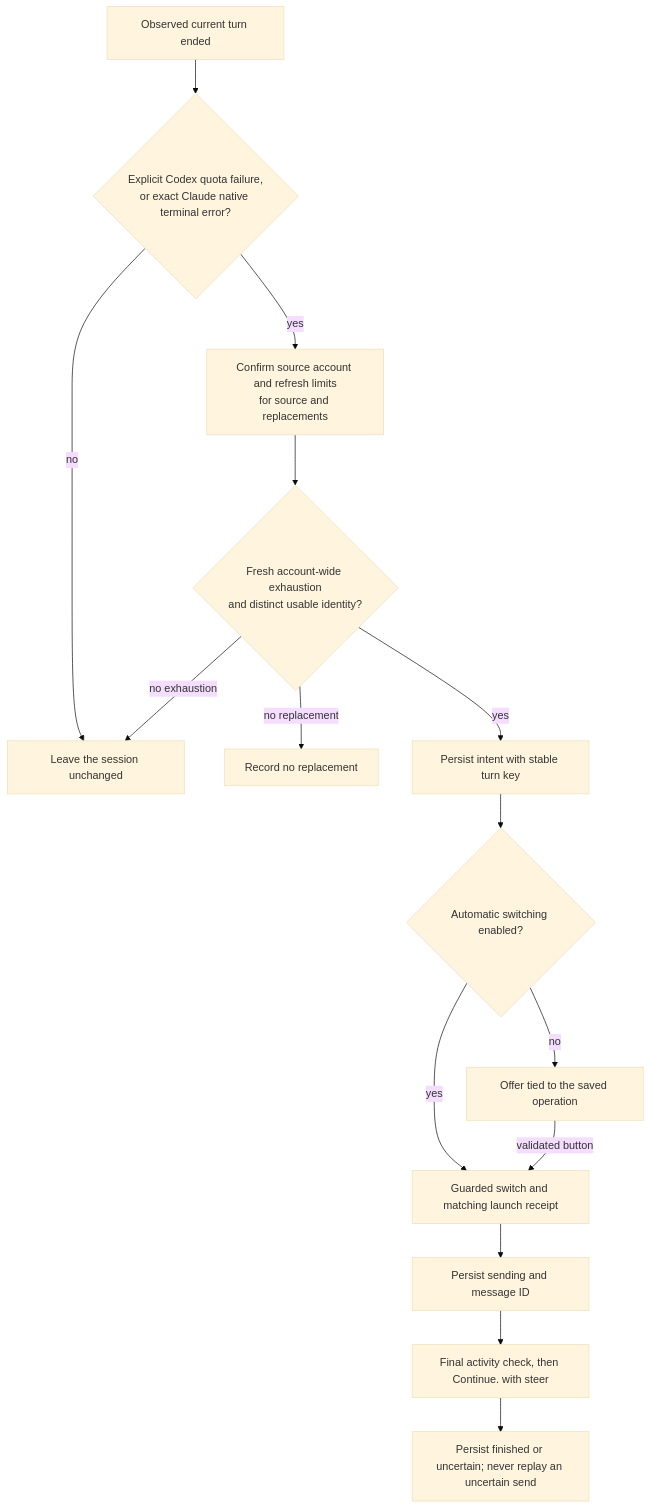
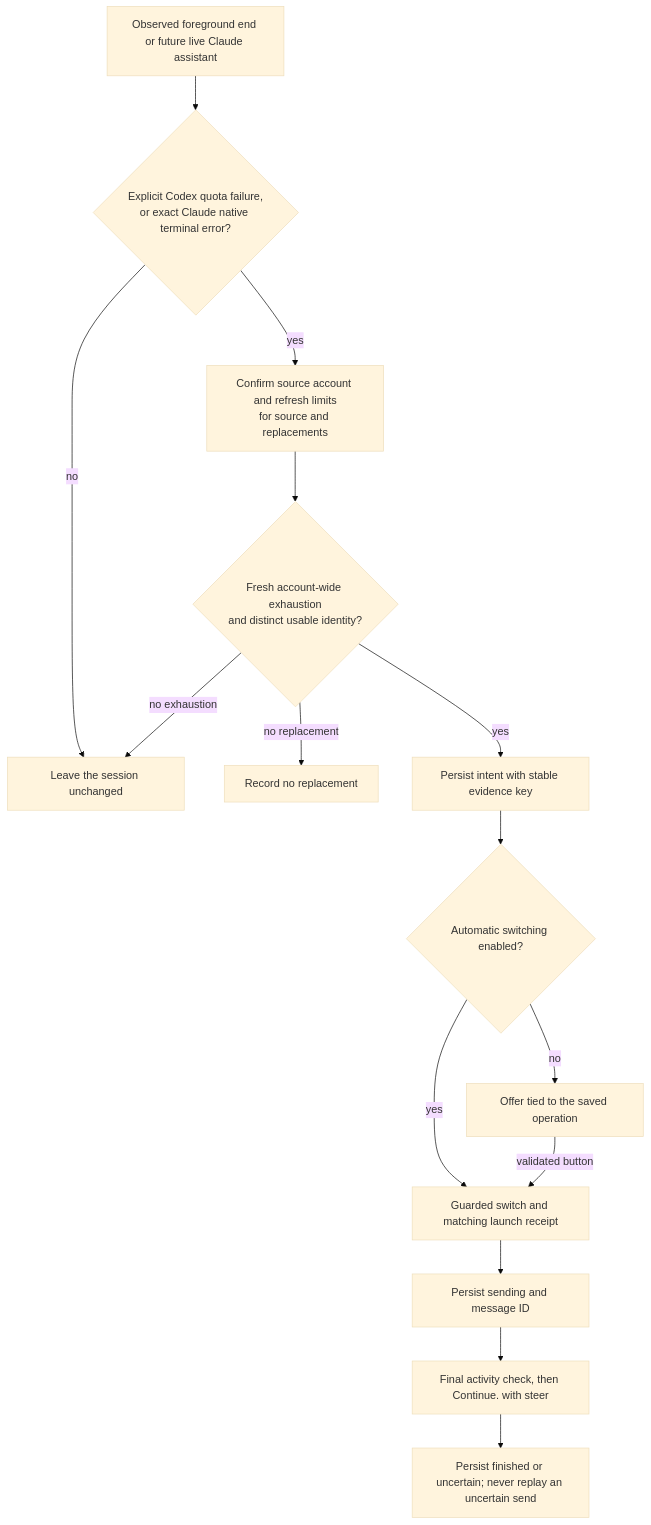
The third of 3 diagrams in docs/architecture.md (dutchakdev/paseo-plugin-account-switcher), drawn with Mermaid (base theme) before and after one commit. The commit also changed other lines of this file and 10 other files, not shown here.

Commit message:
Recover live background Claude quota interruptions

````diff
--- a/docs/architecture.md
+++ b/docs/architecture.md
@@ -128,17 +132,17 @@
 ```mermaid
 flowchart TD
-  T[Observed current turn ended] --> E{Explicit Codex quota failure,<br/>or exact Claude native terminal error?}
+  T[Observed foreground end or future live Claude assistant] --> E{Explicit Codex quota failure,<br/>or exact Claude native terminal error?}
   E -- no --> Z[Leave the session unchanged]
   E -- yes --> R[Confirm source account and refresh limits<br/>for source and replacements]
   R --> F{Fresh account-wide exhaustion<br/>and distinct usable identity?}
   F -- no replacement --> N[Record no replacement]
   F -- no exhaustion --> Z
-  F -- yes --> I[Persist intent with stable turn key]
+  F -- yes --> I[Persist intent with stable evidence key]
   I --> A{Automatic switching enabled?}
   A -- no --> O[Offer tied to the saved operation]
   A -- yes --> S
   O -->|validated button| S[Guarded switch and matching launch receipt]
   S --> D[Persist sending and message ID]
   D --> C[Final activity check, then Continue. with steer]
   C --> J[Persist finished or uncertain; never replay an uncertain send]
 ```
````
